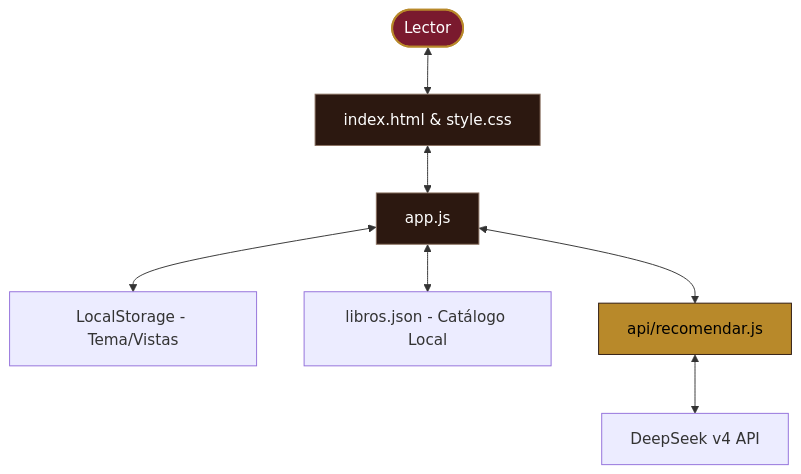
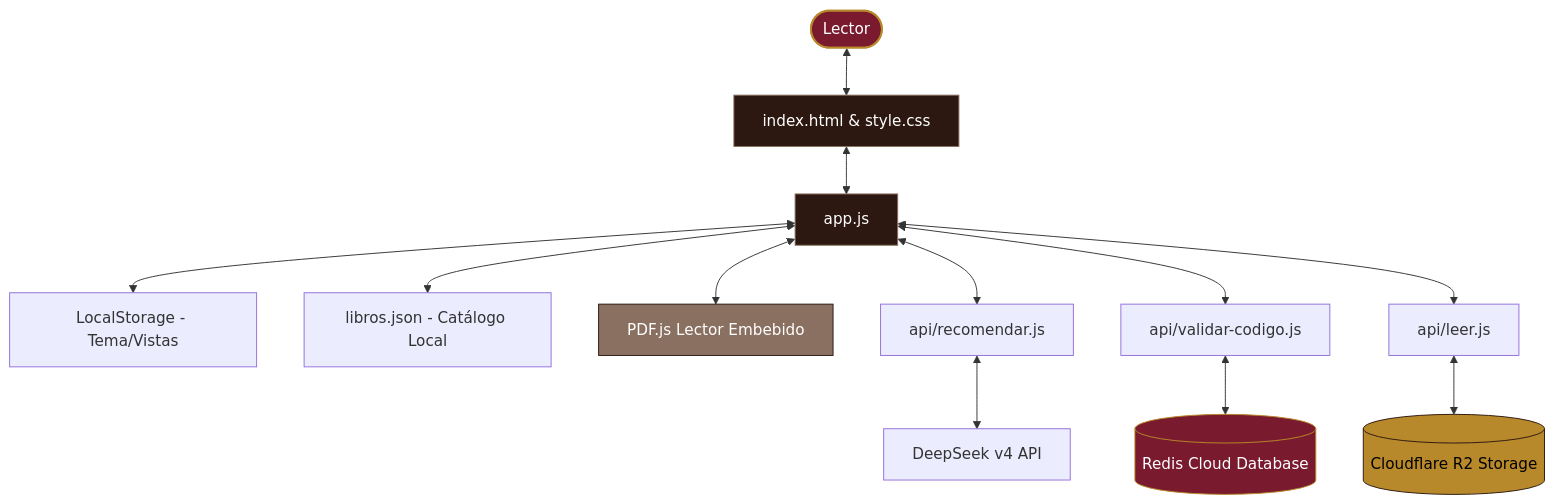
One commit to libros-en-accion/biblioteca-digital changed the diagram in boveda/02 - Arquitectura Técnica/Arquitectura - Vista General.md. Above: the diagram before and after it, drawn with Mermaid. The commit also changed other lines of this file and 5 other files, not shown here.

Commit message:
docs: actualizar bóveda de Obsidian con la arquitectura del lector PDF, Cloudflare R2 y gestión de donadores

````diff
--- a/boveda/02 - Arquitectura Técnica/Arquitectura - Vista General.md
+++ b/boveda/02 - Arquitectura Técnica/Arquitectura - Vista General.md
@@ -18,14 +18,24 @@
 ```mermaid
 graph TD
     User([Lector]) <--> HTML[index.html & style.css]
     HTML <--> JS[app.js]
     JS <--> Cache[LocalStorage - Tema/Vistas]
     JS <--> Data[libros.json - Catálogo Local]
-    JS <--> Serverless[api/recomendar.js]
-    Serverless <--> DS[DeepSeek v4 API]
+    JS <--> PDFJS[PDF.js Lector Embebido]
+    
+    JS <--> API_Rec[api/recomendar.js]
+    API_Rec <--> DS[DeepSeek v4 API]
+    
+    JS <--> API_Val[api/validar-codigo.js]
+    API_Val <--> Redis[(Redis Cloud Database)]
+    
+    JS <--> API_Read[api/leer.js]
+    API_Read <--> R2[(Cloudflare R2 Storage)]
 
     style User fill:#7a1a2e,stroke:#b8892a,stroke-width:2px,color:#fff
     style HTML fill:#2c1810,stroke:#8a7060,color:#fff
     style JS fill:#2c1810,stroke:#8a7060,color:#fff
-    style Serverless fill:#b8892a,stroke:#2c1810,color:#000
+    style PDFJS fill:#8a7060,stroke:#2c1810,color:#fff
+    style Redis fill:#7a1a2e,stroke:#b8892a,color:#fff
+    style R2 fill:#b8892a,stroke:#2c1810,color:#000
 ```
````
